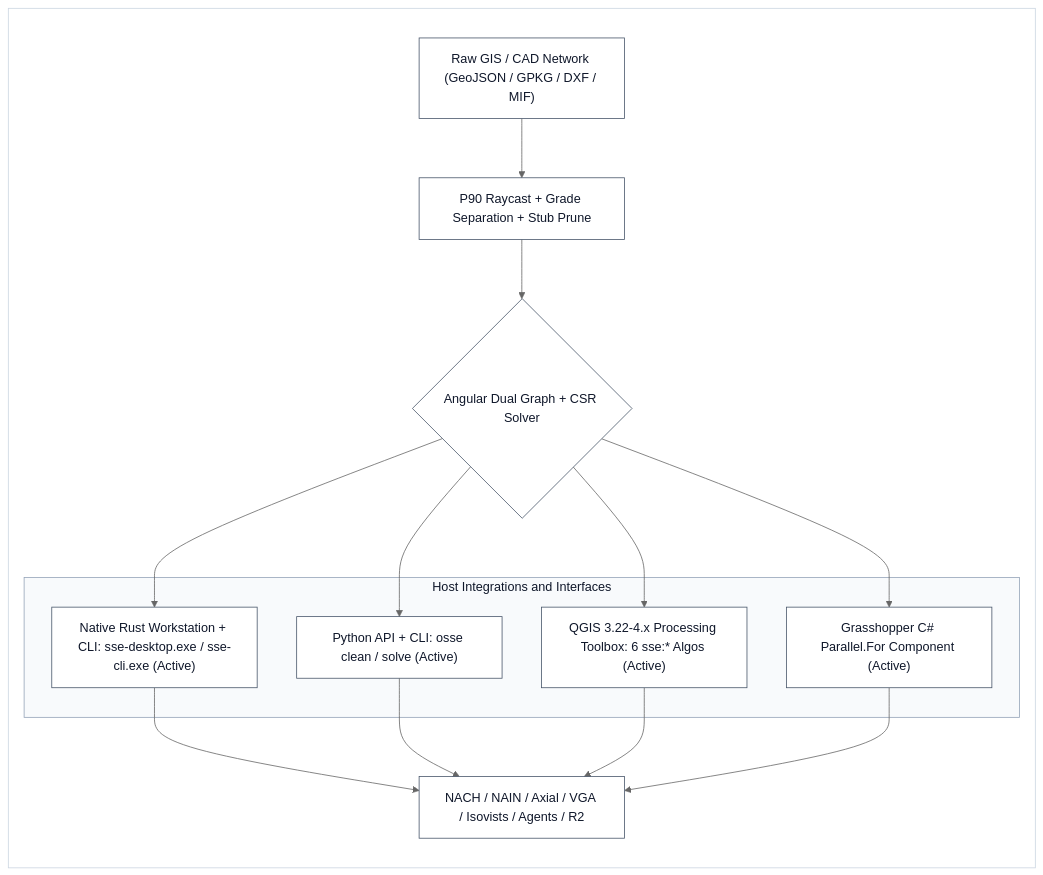
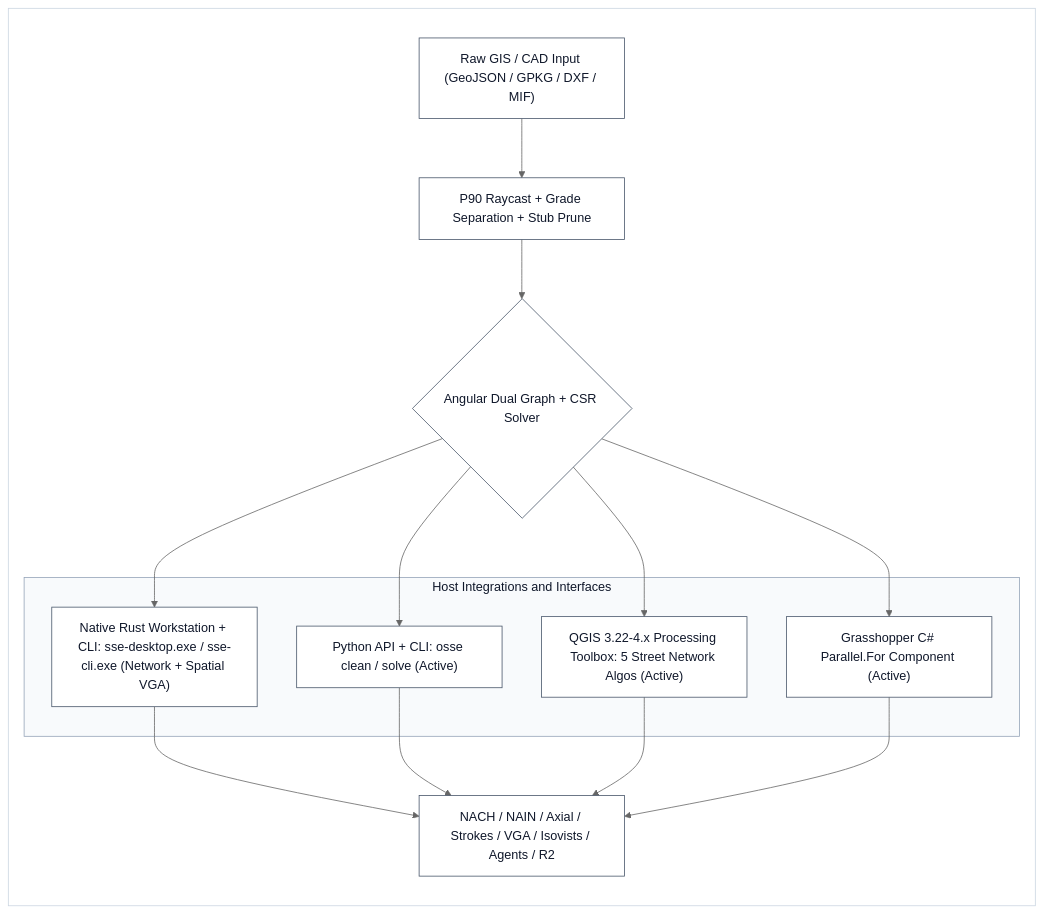
Before and after one commit to iscvlab/sse-space-syntax: the first of 2 diagrams in README.md, drawn with Mermaid. The commit also changed other lines of this file and 16 other files, not shown here.

Commit message:
feat(v1.1.0): focus QGIS plugin on 5 street network algorithms & add 5x1 full-width benchmark plates

````diff
--- a/README.md
+++ b/README.md
@@ -83,28 +85,28 @@
 ```mermaid
 %%{init: {'theme': 'neutral'}}%%
 flowchart LR
     subgraph Canvas [" "]
-        In["Raw GIS / CAD Network (GeoJSON / GPKG / DXF / MIF)"] --> Heal["P90 Raycast + Grade Separation + Stub Prune"]
+        In["Raw GIS / CAD Input (GeoJSON / GPKG / DXF / MIF)"] --> Heal["P90 Raycast + Grade Separation + Stub Prune"]
         Heal --> Dual{"Angular Dual Graph + CSR Solver"}
 
         subgraph Platforms ["Host Integrations and Interfaces"]
-            P0["Native Rust Workstation + CLI: sse-desktop.exe / sse-cli.exe (Active)"]
+            P0["Native Rust Workstation + CLI: sse-desktop.exe / sse-cli.exe (Network + Spatial VGA)"]
             P1["Python API + CLI: osse clean / solve (Active)"]
-            P2["QGIS 3.22-4.x Processing Toolbox: 6 sse:* Algos (Active)"]
+            P2["QGIS 3.22-4.x Processing Toolbox: 5 Street Network Algos (Active)"]
             P3["Grasshopper C# Parallel.For Component (Active)"]
         end
 
         Dual --> P0
         Dual --> P1
         Dual --> P2
         Dual --> P3
 
-        P0 --> Out["NACH / NAIN / Axial / VGA / Isovists / Agents / R2"]
+        P0 --> Out["NACH / NAIN / Axial / Strokes / VGA / Isovists / Agents / R2"]
         P1 --> Out
         P2 --> Out
         P3 --> Out
     end
     classDef default fill:#ffffff,stroke:#475569,color:#0f172a,stroke-width:1px
     style Canvas fill:#ffffff,stroke:#cbd5e1,stroke-width:1px,color:#0f172a
     style Platforms fill:#f8fafc,stroke:#94a3b8,color:#0f172a
 ```
````
